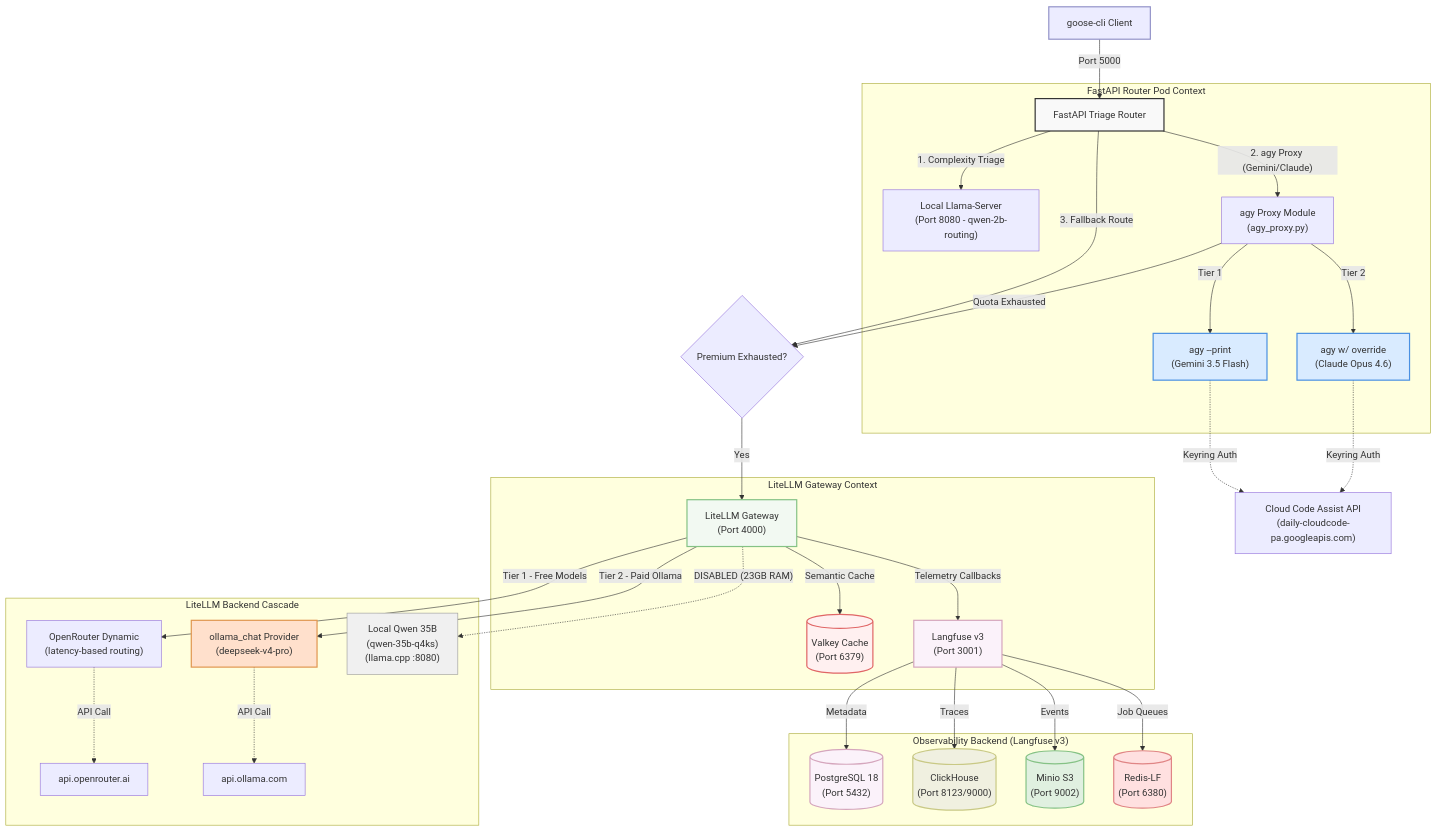
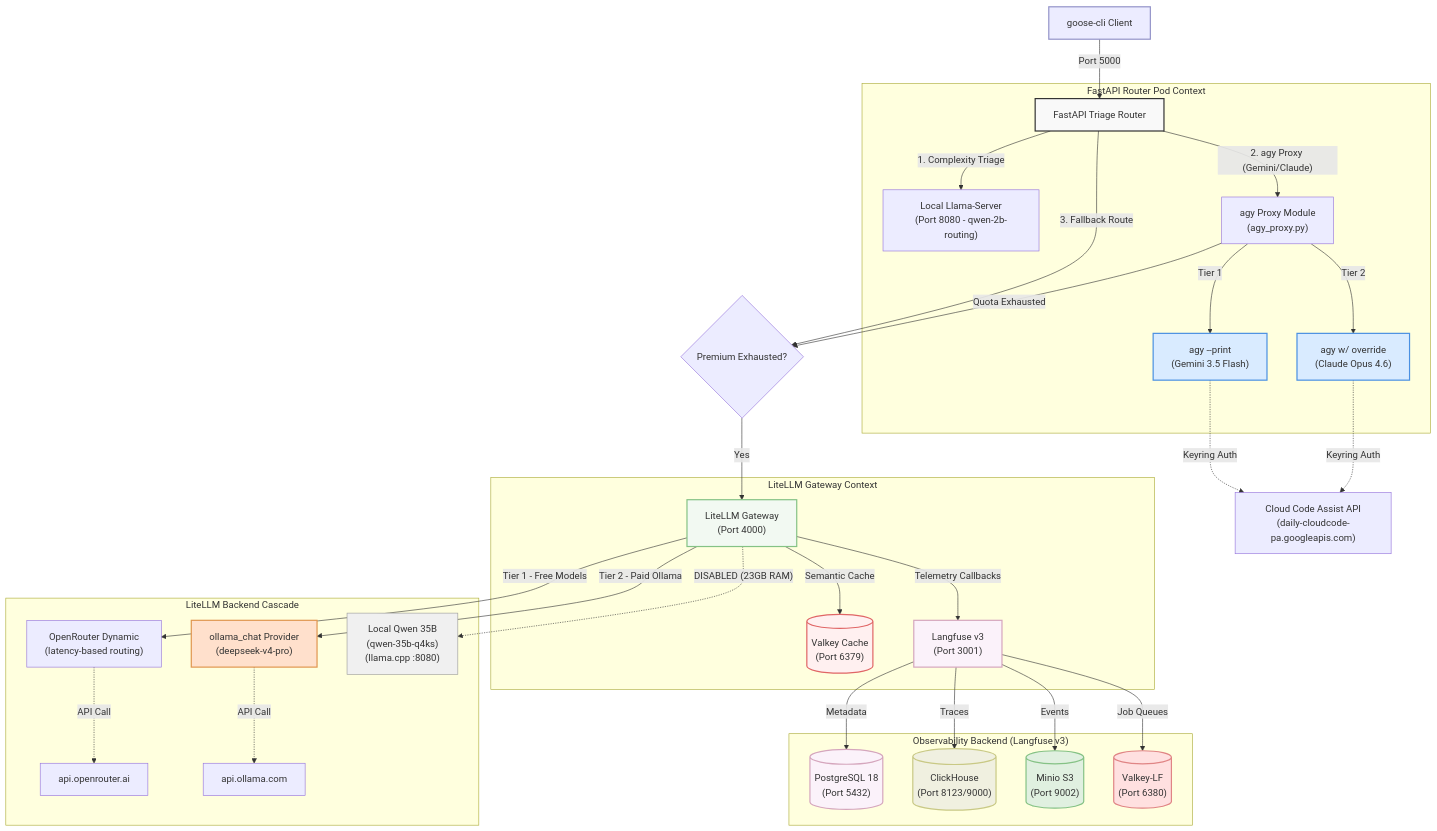
The first of 2 diagrams in README.md (sheepdestroyer/LLM-Routing), drawn with Mermaid before and after one commit. The commit also changed other lines of this file, not shown here.

Commit message:
docs: rename Redis-LF → Valkey-LF in diagram, health table, dir layout, container list, Minio section

````diff
--- a/README.md
+++ b/README.md
@@ -15,53 +15,53 @@
 ```mermaid
 graph TD
     Client["goose-cli Client"] -->|Port 5000| Router["FastAPI Triage Router"]
 
     subgraph FastAPIRouter ["FastAPI Router Pod Context"]
         Router -->|1. Complexity Triage| LlamaServer["Local Llama-Server\n(Port 8080 - qwen-2b-routing)"]
         Router -->|"2. agy Proxy (Gemini/Claude)"| AgyProxy["agy Proxy Module\n(agy_proxy.py)"]
 
         AgyProxy -->|Tier 1| AgyGemini["agy --print\n(Gemini 3.5 Flash)"]
         AgyProxy -->|Tier 2| AgyOpus["agy w/ override\n(Claude Opus 4.6)"]
     end
 
     AgyGemini -.->|Keyring Auth| Google["Cloud Code Assist API\n(daily-cloudcode-pa.googleapis.com)"]
     AgyOpus -.->|Keyring Auth| Google
 
     Router -->|3. Fallback Route| RouteSelector{"Premium Exhausted?"}
     RouteSelector -->|Yes| LiteLLM["LiteLLM Gateway\n(Port 4000)"]
     AgyProxy -->|Quota Exhausted| RouteSelector
 
     subgraph LiteLLMGateway ["LiteLLM Gateway Context"]
         LiteLLM -->|Semantic Cache| Valkey[("Valkey Cache\n(Port 6379)")]
         LiteLLM -->|Telemetry Callbacks| Langfuse["Langfuse v3\n(Port 3001)"]
     end
 
     subgraph BackendRoutingCascade ["LiteLLM Backend Cascade"]
         LiteLLM -->|Tier 1 - Free Models| OpenRouter["OpenRouter Dynamic\n(latency-based routing)"]
         LiteLLM -->|Tier 2 - Paid Ollama| OllamaTier["ollama_chat Provider\n(deepseek-v4-pro)"]
         OpenRouter -.->|API Call| OpenRouterAPI["api.openrouter.ai"]
         OllamaTier -.->|API Call| OllamaAPI["api.ollama.com"]
         LiteLLM -.->|"DISABLED (23GB RAM)"| QwenLocal["Local Qwen 35B\n(qwen-35b-q4ks)\n(llama.cpp :8080)"]
     end
 
     subgraph Observability ["Observability Backend (Langfuse v3)"]
         Langfuse -->|Metadata| Postgres[("PostgreSQL 18\n(Port 5432)")]
         Langfuse -->|Traces| ClickHouse[("ClickHouse\n(Port 8123/9000)")]
         Langfuse -->|Events| Minio[("Minio S3\n(Port 9002)")]
-        Langfuse -->|Job Queues| RedisLF[("Redis-LF\n(Port 6380)")]
+        Langfuse -->|Job Queues| ValkeyLF[("Valkey-LF\n(Port 6380)")]
     end
 
     style Client fill:#ececff,stroke:#9393c9,stroke-width:2px;
     style Router fill:#f9f9f9,stroke:#333,stroke-width:2px;
     style AgyGemini fill:#d9ebff,stroke:#4a90e2,stroke-width:2px;
     style AgyOpus fill:#d9ebff,stroke:#4a90e2,stroke-width:2px;
     style LiteLLM fill:#f2f9f2,stroke:#85c285,stroke-width:2px;
     style OllamaTier fill:#ffe0cc,stroke:#e09650,stroke-width:2px;
     style Valkey fill:#fff0f0,stroke:#e06666,stroke-width:2px;
     style Langfuse fill:#fbf2fa,stroke:#d5a6bd,stroke-width:2px;
     style Postgres fill:#fbf2fa,stroke:#d5a6bd,stroke-width:2px;
     style ClickHouse fill:#f0f0e0,stroke:#c9c985,stroke-width:2px;
     style Minio fill:#e0f0e0,stroke:#85c285,stroke-width:2px;
-    style RedisLF fill:#ffe0e0,stroke:#e08585,stroke-width:2px;
+    style ValkeyLF fill:#ffe0e0,stroke:#e08585,stroke-width:2px;
     style QwenLocal fill:#f0f0f0,stroke:#999,stroke-width:1px;
 ```
````
